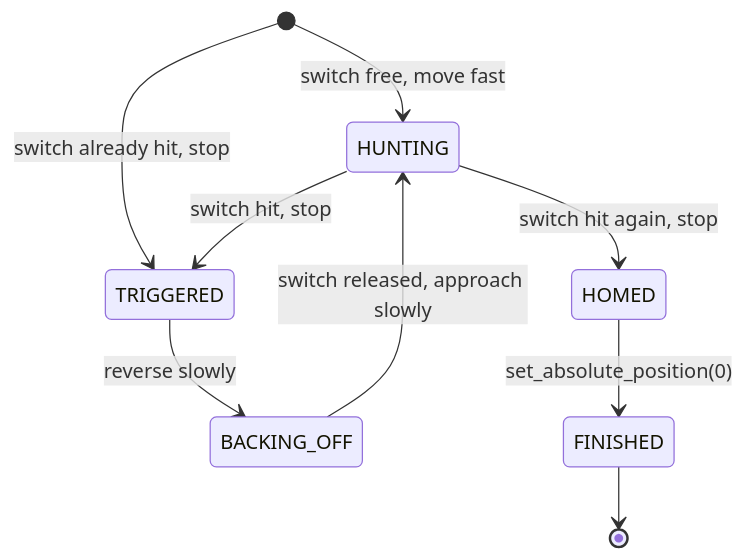
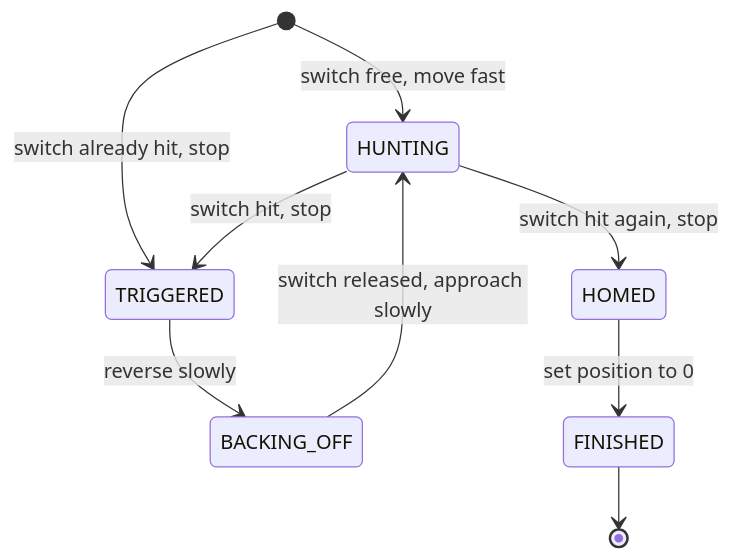
One commit to jtoobias/sentry-motor-development changed the fourth of 6 diagrams in README.md. Above: the diagram before and after it, drawn with Mermaid. The commit also changed other lines of this file, not shown here.

````diff
--- a/README.md
+++ b/README.md
@@ -125,11 +128,11 @@
 ```mermaid
 stateDiagram-v2
     [*] --> HUNTING: switch free, move fast
     [*] --> TRIGGERED: switch already hit, stop
     HUNTING --> TRIGGERED: switch hit, stop
     TRIGGERED --> BACKING_OFF: reverse slowly
     BACKING_OFF --> HUNTING: switch released, approach slowly
     HUNTING --> HOMED: switch hit again, stop
-    HOMED --> FINISHED: set_absolute_position(0)
+    HOMED --> FINISHED: set position to 0
     FINISHED --> [*]
 ```
````
